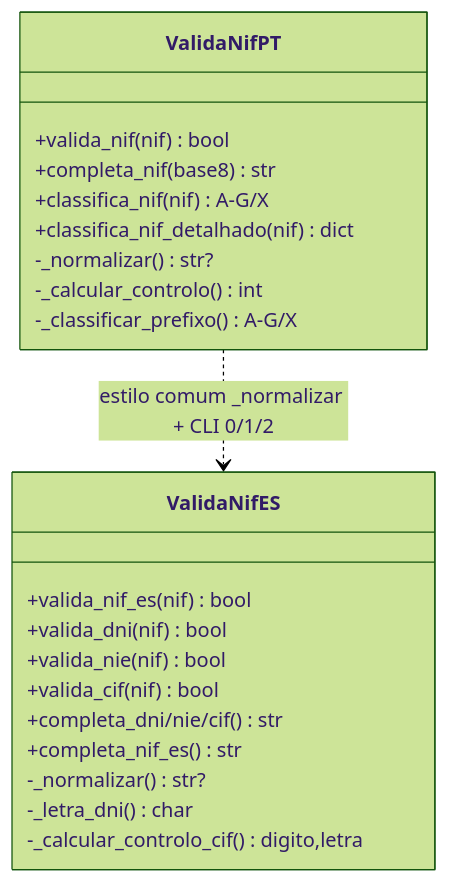
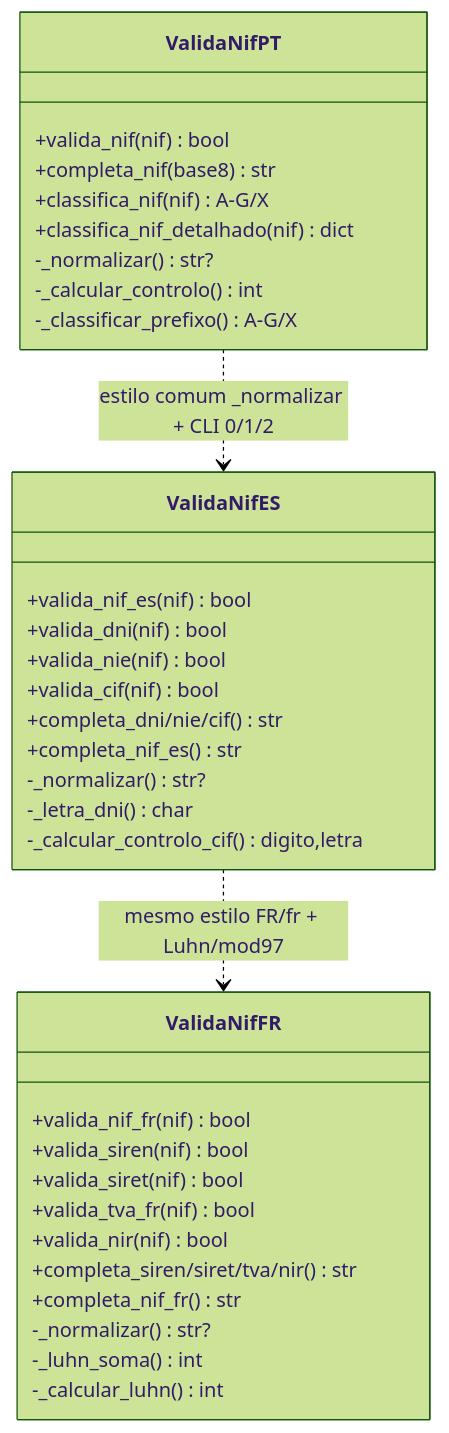
The fifth of 5 diagrams in docs/arquitetura.md (nunoetome/valida_nif_py), drawn with Mermaid (forest theme) before and after one commit. The commit also changed other lines of this file and 7 other files, not shown here.

````diff
--- a/docs/arquitetura.md
+++ b/docs/arquitetura.md
@@ -71,24 +104,37 @@
 ```mermaid
 classDiagram
     class ValidaNifPT {
         +valida_nif(nif) bool
         +completa_nif(base8) str
         +classifica_nif(nif) A-G/X
         +classifica_nif_detalhado(nif) dict
         -_normalizar() str?
         -_calcular_controlo() int
         -_classificar_prefixo() A-G/X
     }
     class ValidaNifES {
         +valida_nif_es(nif) bool
         +valida_dni(nif) bool
         +valida_nie(nif) bool
         +valida_cif(nif) bool
         +completa_dni/nie/cif() str
         +completa_nif_es() str
         -_normalizar() str?
         -_letra_dni() char
         -_calcular_controlo_cif() digito,letra
     }
+    class ValidaNifFR {
+        +valida_nif_fr(nif) bool
+        +valida_siren(nif) bool
+        +valida_siret(nif) bool
+        +valida_tva_fr(nif) bool
+        +valida_nir(nif) bool
+        +completa_siren/siret/tva/nir() str
+        +completa_nif_fr() str
+        -_normalizar() str?
+        -_luhn_soma() int
+        -_calcular_luhn() int
+    }
     ValidaNifPT ..> ValidaNifES : estilo comum _normalizar + CLI 0/1/2
+    ValidaNifES ..> ValidaNifFR : mesmo estilo FR/fr + Luhn/mod97
 ```
````
